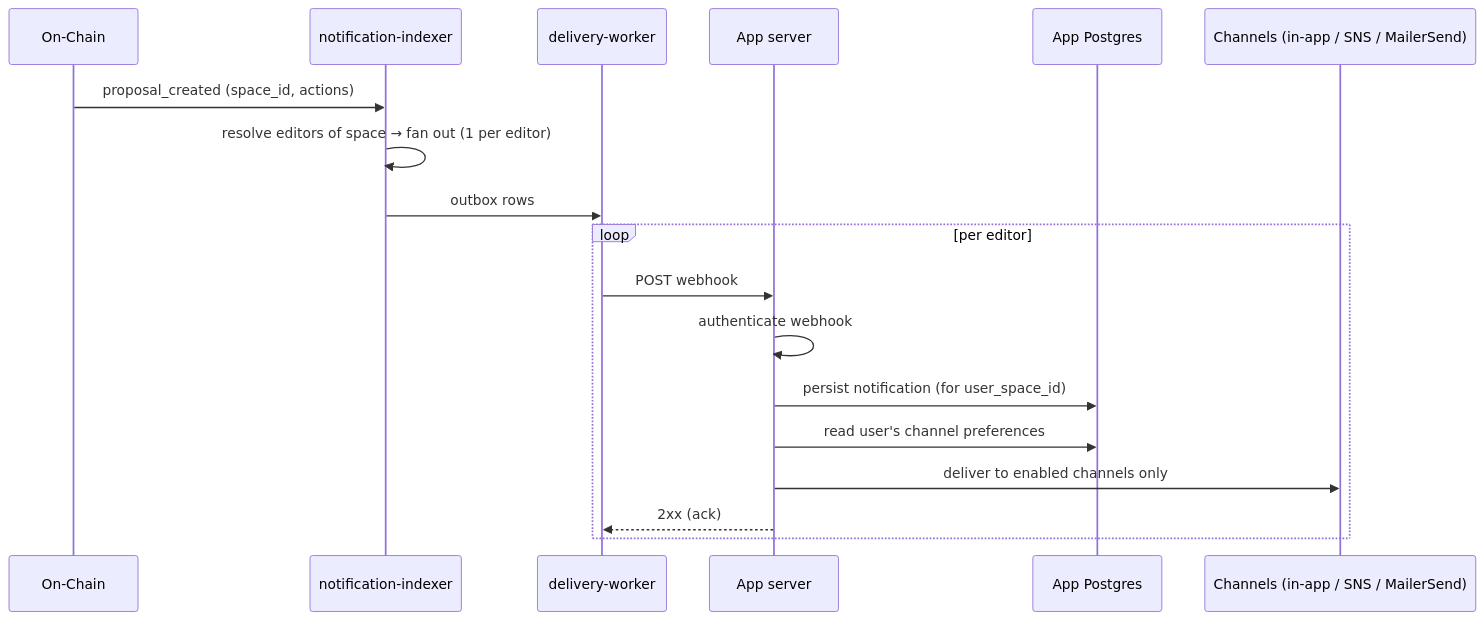
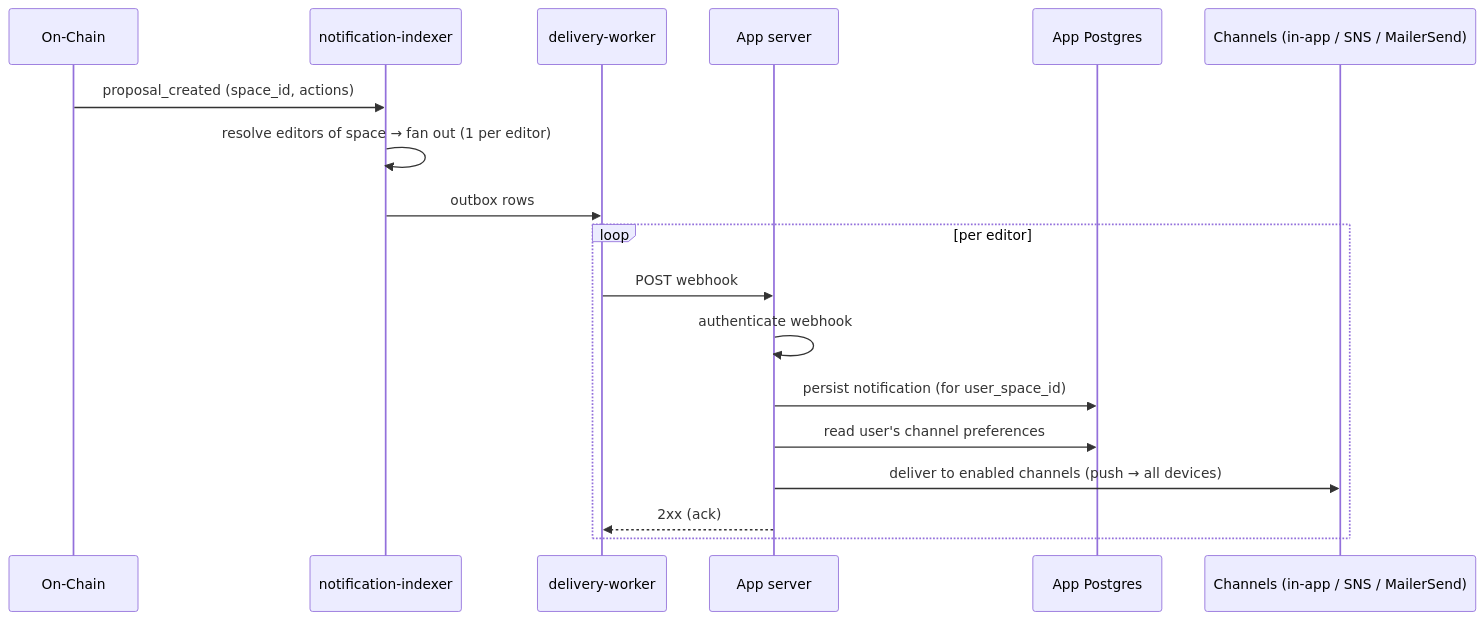
The second of 3 diagrams in docs/notifications-mvp-prd.md (geobrowser/gaia), drawn with Mermaid before and after one commit. The commit also changed other lines of this file, not shown here.

````diff
--- a/docs/notifications-mvp-prd.md
+++ b/docs/notifications-mvp-prd.md
@@ -88,21 +88,21 @@
 ```mermaid
 sequenceDiagram
     participant Chain as On-Chain
     participant NI as notification-indexer
     participant DW as delivery-worker
     participant AS as App server
     participant DB as App Postgres
     participant CH as Channels (in-app / SNS / MailerSend)
 
     Chain->>NI: proposal_created (space_id, actions)
     NI->>NI: resolve editors of space → fan out (1 per editor)
     NI->>DW: outbox rows
     loop per editor
         DW->>AS: POST webhook
         AS->>AS: authenticate webhook
         AS->>DB: persist notification (for user_space_id)
         AS->>DB: read user's channel preferences
-        AS->>CH: deliver to enabled channels only
+        AS->>CH: deliver to enabled channels (push → all devices)
         AS-->>DW: 2xx (ack)
     end
 ```
````
